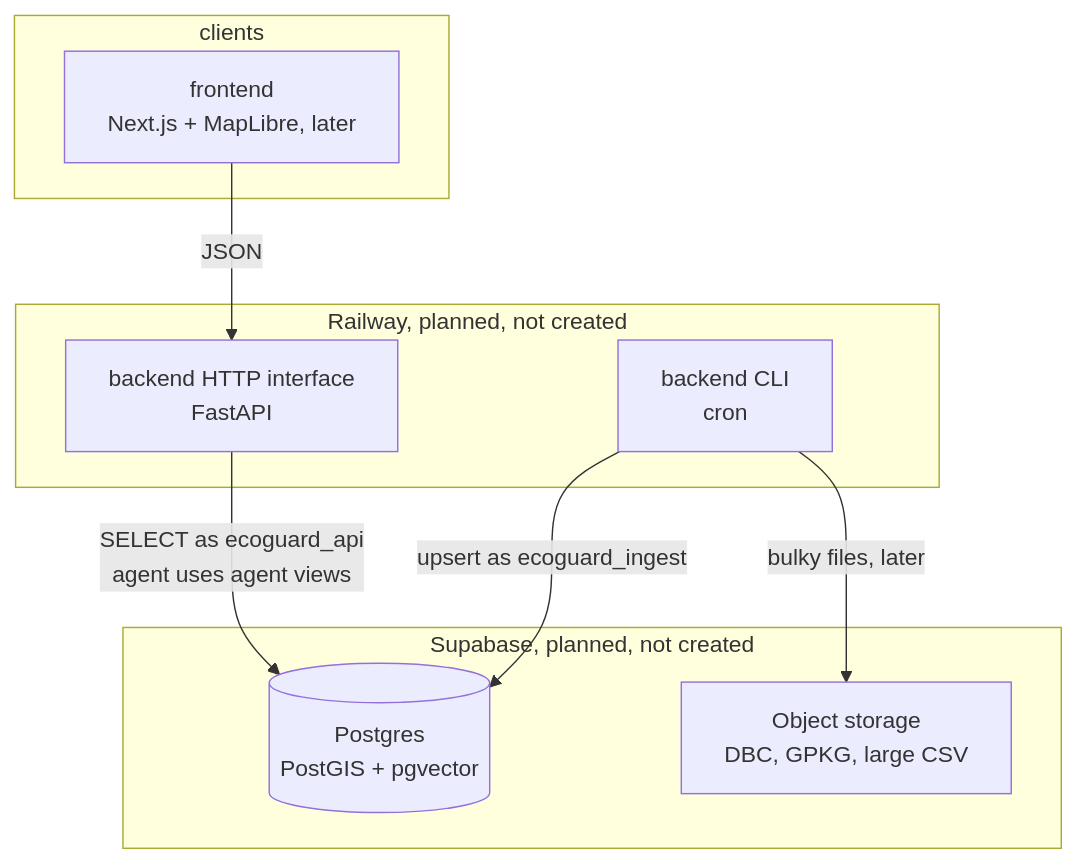
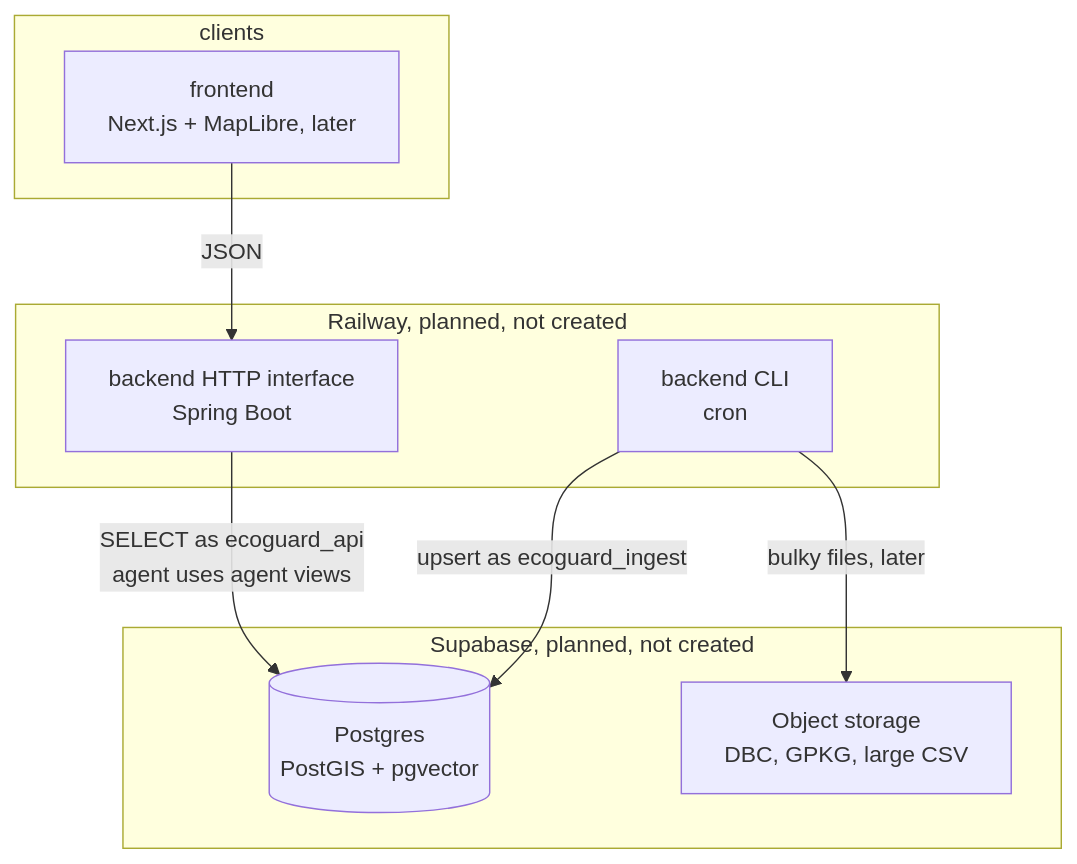
The second of 4 diagrams in docs/architecture.md (MarcoAurelioMeneses/ecoguard), drawn with Mermaid before and after one commit. The commit also changed other lines of this file and 124 other files, not shown here.

First line of the commit message:
Rewrite the backend in Java 21 and Spring Boot.

````diff
--- a/docs/architecture.md
+++ b/docs/architecture.md
@@ -31,21 +31,21 @@
 ```mermaid
 flowchart TB
   subgraph clients
     web["frontend<br/>Next.js + MapLibre, later"]
   end
 
   subgraph railway["Railway, planned, not created"]
-    api["backend HTTP interface<br/>FastAPI"]
+    api["backend HTTP interface<br/>Spring Boot"]
     workers["backend CLI<br/>cron"]
   end
 
   subgraph supabase["Supabase, planned, not created"]
     db[("Postgres<br/>PostGIS + pgvector")]
     storage["Object storage<br/>DBC, GPKG, large CSV"]
   end
 
   web -->|"JSON"| api
   api -->|"SELECT as ecoguard_api<br/>agent uses agent views"| db
   workers -->|"upsert as ecoguard_ingest"| db
   workers -->|"bulky files, later"| storage
 ```
````
